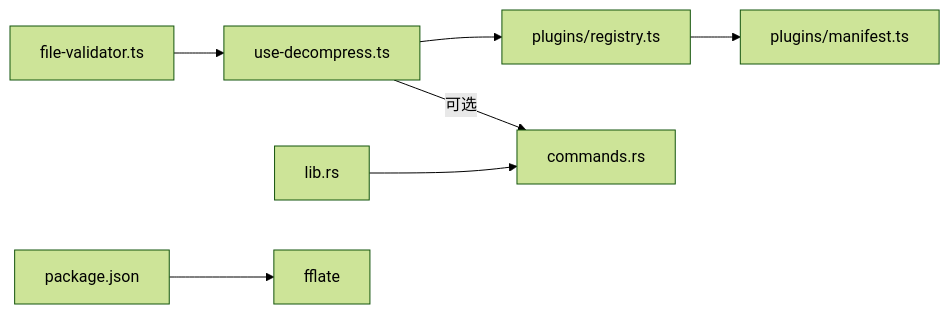
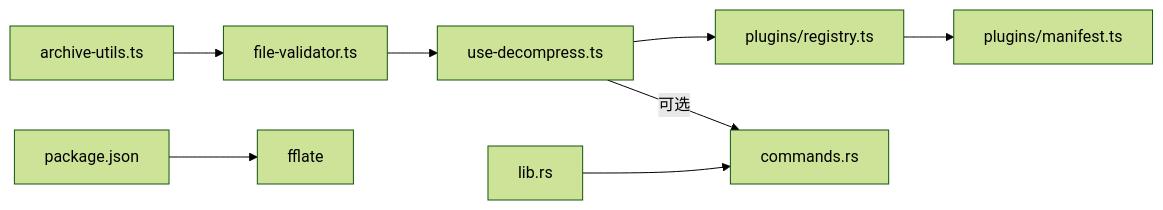
The fifth of 5 diagrams in .qoder/repowiki/zh/content/核心模块/文件验证系统.md (taoweidong/Hello-Tauri), drawn with Mermaid (forest theme) before and after one commit. The commit also changed other lines of this file and 8 other files, not shown here.

````diff
--- a/.qoder/repowiki/zh/content/核心模块/文件验证系统.md
+++ b/.qoder/repowiki/zh/content/核心模块/文件验证系统.md
@@ -257,9 +310,10 @@
 ```mermaid
 graph LR
 FV["file-validator.ts"] --> UD["use-decompress.ts"]
+AU["archive-utils.ts"] --> FV
 UD --> REG["plugins/registry.ts"]
 REG --> MAN["plugins/manifest.ts"]
 UD --> |可选| CMD["commands.rs"]
 LIB["lib.rs"] --> CMD
 PKG["package.json"] --> FF["fflate"]
 ```
````
